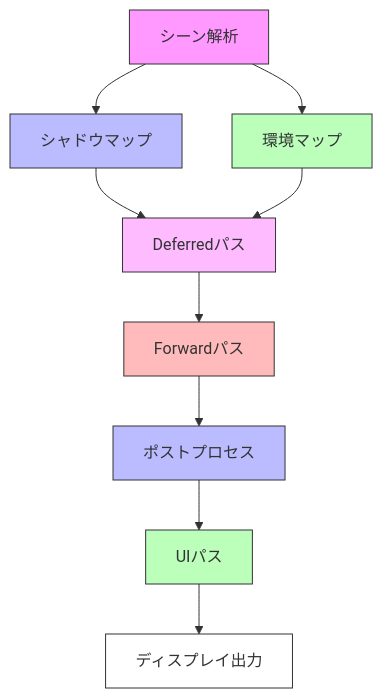
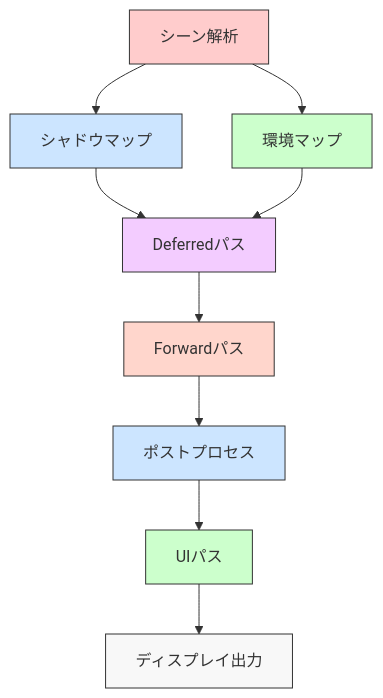
One commit to ukonpower/OREngine changed the first of 3 diagrams in docs/core/render-pipeline.md. Above: the diagram before and after it, drawn with Mermaid. The commit also changed other lines of this file and 5 other files, not shown here.

Commit message:
docs: tweak colors in diagrams

````diff
--- a/docs/core/render-pipeline.md
+++ b/docs/core/render-pipeline.md
@@ -10,20 +10,20 @@
 ```mermaid
 graph TD
     Scene[シーン解析] --> Shadow[シャドウマップ]
     Scene --> Env[環境マップ]
     Shadow --> Deferred[Deferredパス]
     Env --> Deferred
     Deferred --> Forward[Forwardパス]
     Forward --> Post[ポストプロセス]
     Post --> UI[UIパス]
     UI --> Display[ディスプレイ出力]
 
-    style Scene fill:#f9f,stroke:#333
-    style Shadow fill:#bbf,stroke:#333
-    style Env fill:#bfb,stroke:#333
-    style Deferred fill:#fbf,stroke:#333
-    style Forward fill:#fbb,stroke:#333
-    style Post fill:#bbf,stroke:#333
-    style UI fill:#bfb,stroke:#333
-    style Display fill:#fff,stroke:#333
+    style Scene fill:#ffcccc,stroke:#333
+    style Shadow fill:#cce5ff,stroke:#333
+    style Env fill:#ccffcc,stroke:#333
+    style Deferred fill:#f3ccff,stroke:#333
+    style Forward fill:#ffd6cc,stroke:#333
+    style Post fill:#cce5ff,stroke:#333
+    style UI fill:#ccffcc,stroke:#333
+    style Display fill:#f8f8f8,stroke:#333
 ```
````
